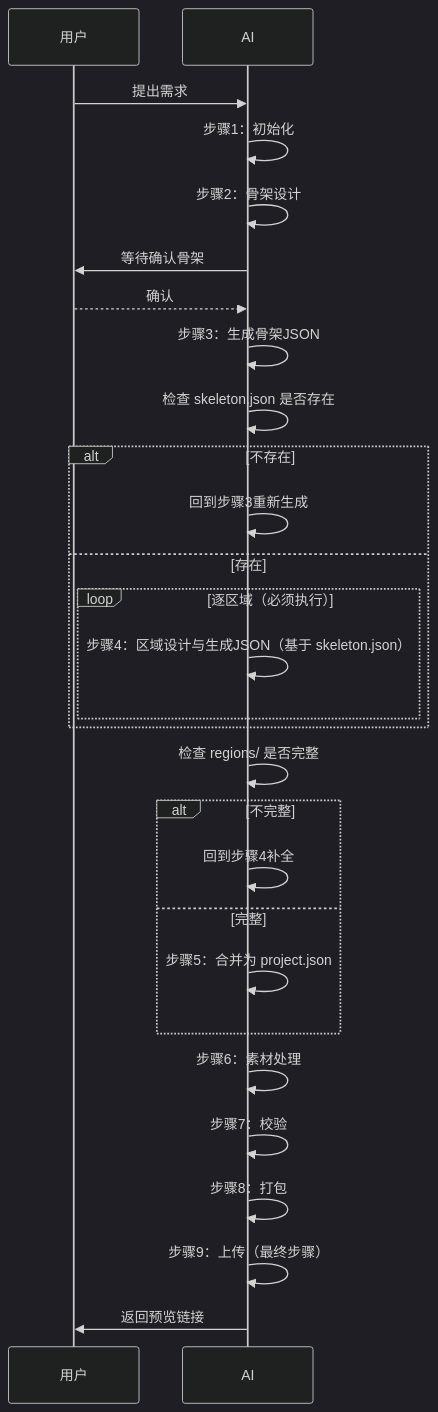
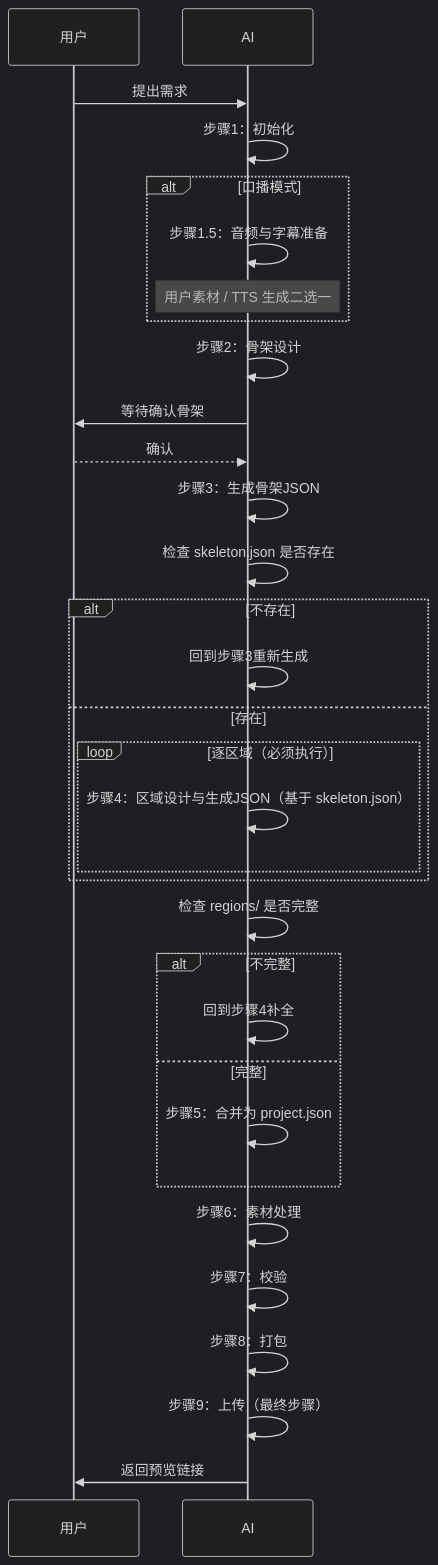
Before and after one commit to junyuaini/canvasvideo-skill: the diagram in SKILL.md, drawn with Mermaid (dark theme). The commit also changed other lines of this file and 63 other files, not shown here.

````diff
--- a/SKILL.md
+++ b/SKILL.md
@@ -15,31 +32,35 @@
 ```mermaid
 sequenceDiagram
     participant 用户
     participant AI
 
     用户->>AI: 提出需求
     AI->>AI: 步骤1：初始化
+    alt 口播模式
+        AI->>AI: 步骤1.5：音频与字幕准备
+        Note over AI: 用户素材 / TTS 生成二选一
+    end
     AI->>AI: 步骤2：骨架设计
     AI->>用户: 等待确认骨架
     用户-->>AI: 确认
     AI->>AI: 步骤3：生成骨架JSON
     AI->>AI: 检查 skeleton.json 是否存在
     alt 不存在
         AI->>AI: 回到步骤3重新生成
     else 存在
         loop 逐区域（必须执行）
             AI->>AI: 步骤4：区域设计与生成JSON（基于 skeleton.json）
         end
     end
     AI->>AI: 检查 regions/ 是否完整
     alt 不完整
         AI->>AI: 回到步骤4补全
     else 完整
         AI->>AI: 步骤5：合并为 project.json
     end
     AI->>AI: 步骤6：素材处理
     AI->>AI: 步骤7：校验
     AI->>AI: 步骤8：打包
     AI->>AI: 步骤9：上传（最终步骤）
     AI->>用户: 返回预览链接
 ```
````
